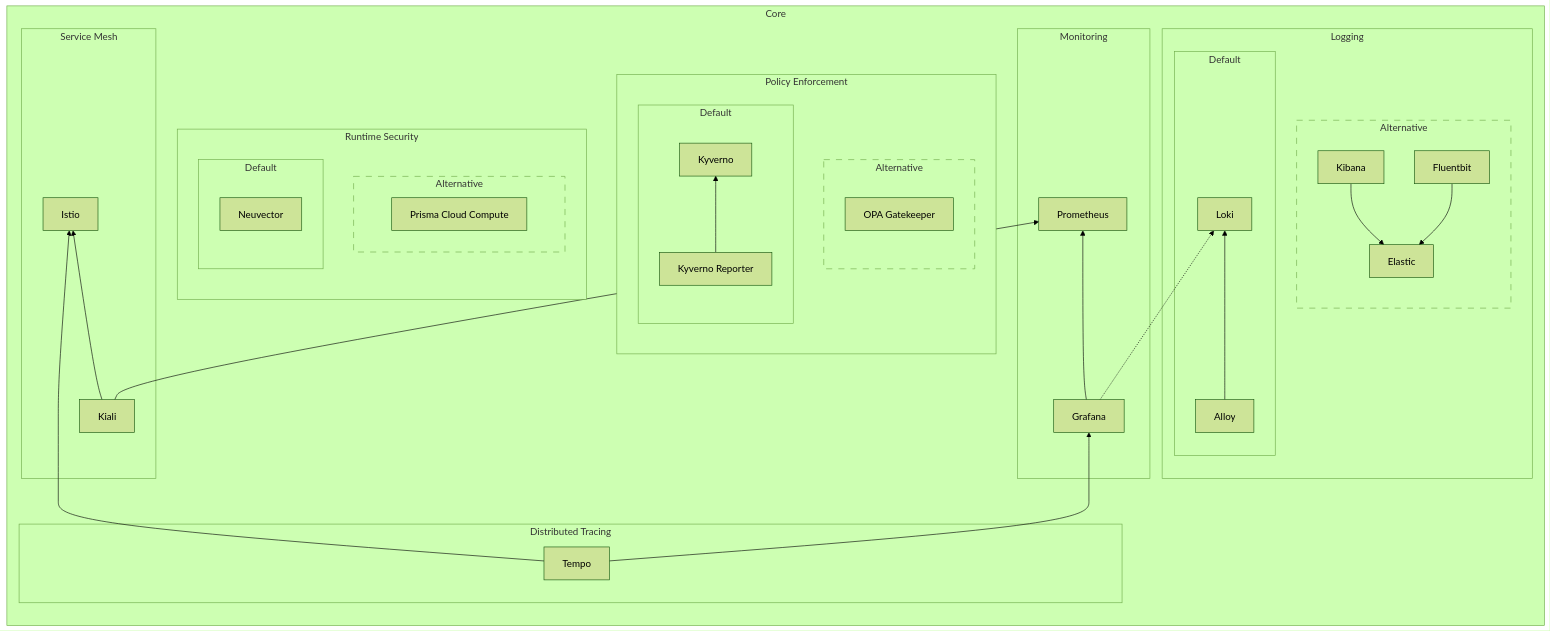
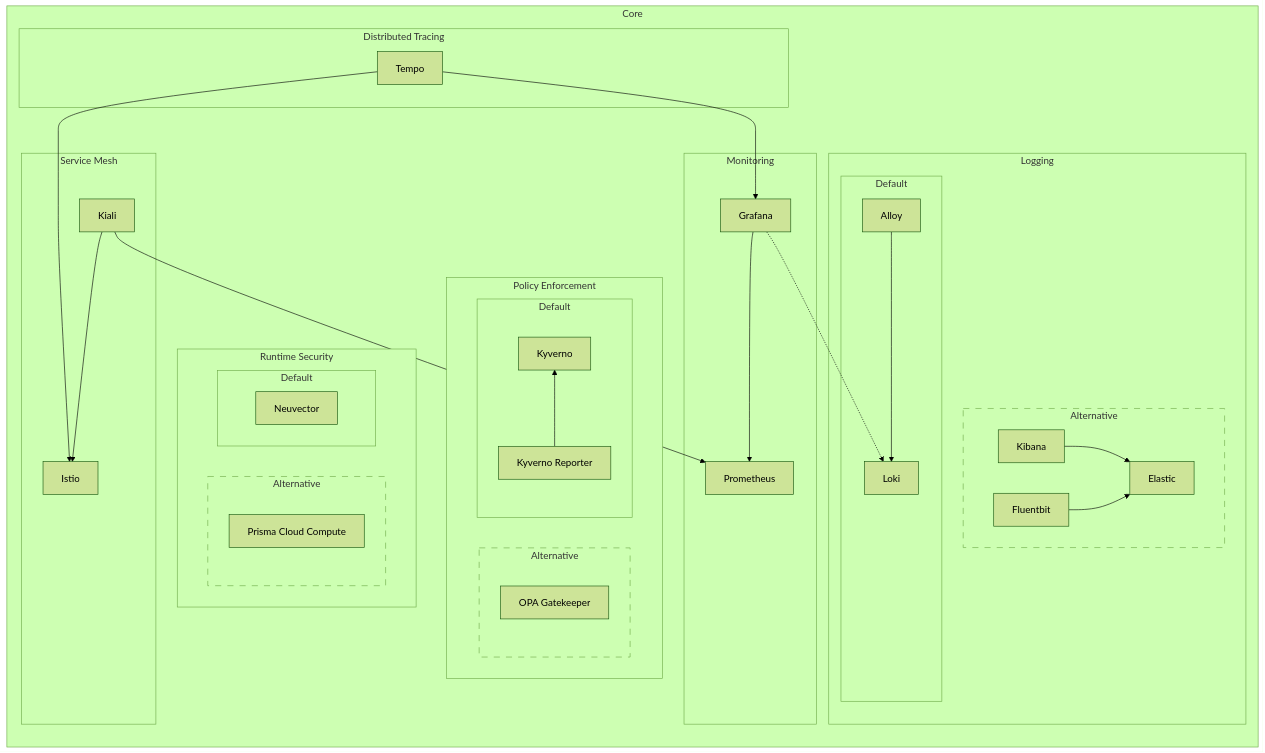
The first of 2 diagrams in docs/understanding-bigbang/package-architecture/README.md (shebashio/bigbang), drawn with Mermaid (forest theme) before and after one commit. The commit also changed other lines of this file, not shown here.

Commit message:
update and format dependency chart

````diff
--- a/docs/understanding-bigbang/package-architecture/README.md
+++ b/docs/understanding-bigbang/package-architecture/README.md
@@ -15,52 +15,51 @@
 ```mermaid
-flowchart LR
+flowchart BT
   subgraph Core
-    direction BT
 
     subgraph L[Logging]
       subgraph ALG[Default]
         Alloy[Alloy] --> Loki[Loki]
       end
       subgraph EFK[Alternative]
         style EFK stroke-dasharray: 10 10
         Kibana & Fluentbit --> Elastic
       end
     end
 
     subgraph M[Monitoring]
       Grafana --> Prometheus
       Grafana -.-> Loki
     end
 
     subgraph PE[Policy Enforcement]
       subgraph CA[Alternative]
       style CA stroke-dasharray: 10 10
       direction BT
         OPA[OPA Gatekeeper]
       end
       subgraph KyvernoStack[Default]
       direction BT
         KyvernoReporter[Kyverno Reporter] --> Kyverno[Kyverno]
       end
     end
 
     subgraph RS[Runtime Security]
       subgraph CC[Alternative]
         style CC stroke-dasharray: 10 10
         Twistlock[Prisma Cloud Compute]
       end
       subgraph TL[Default]
         Neuvector[Neuvector]
       end
     end
 
     subgraph DT[Distributed Tracing]
       Tempo[Tempo] --> Grafana
     end
 
     subgraph SM[Service Mesh]
       Tempo --> Istio
       Kiali --> Istio & Prometheus
     end
   end
 ```
````
